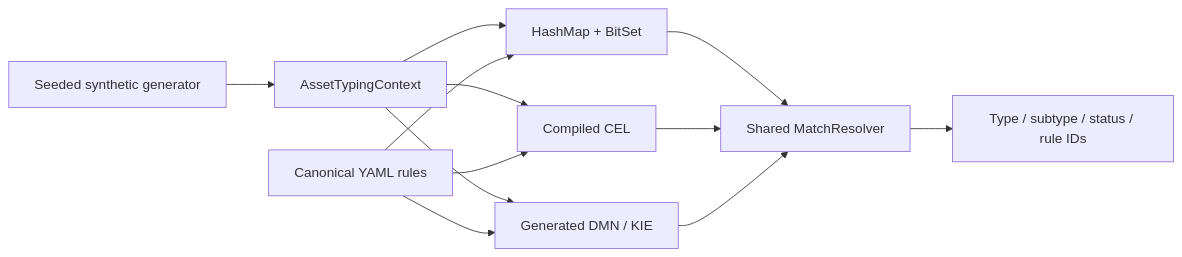
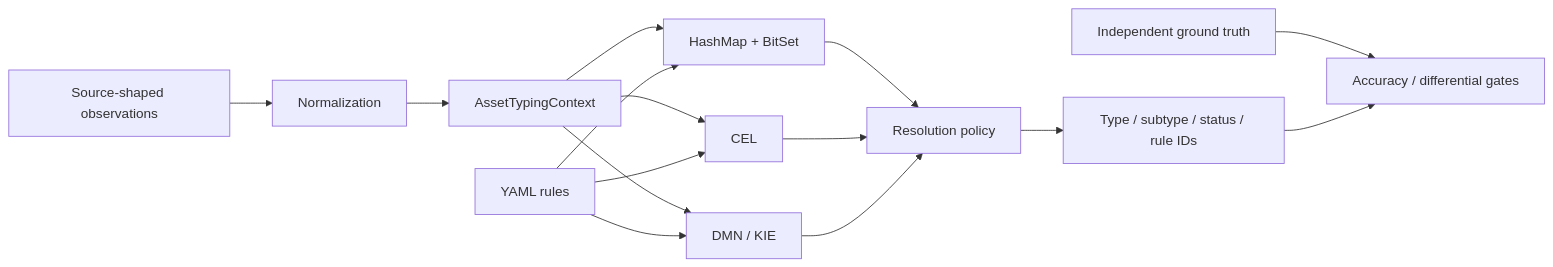
The diagram in README.md (GAbra/itam-asset-typing-benchmark), drawn with Mermaid before and after one commit. The commit also changed other lines of this file, not shown here.

````diff
--- a/README.md
+++ b/README.md
@@ -84,10 +97,13 @@
 ```mermaid
 flowchart LR
-    G[Seeded synthetic generator] --> C[AssetTypingContext]
+    S[Source-shaped observations] --> N[Normalization]
+    N --> C[AssetTypingContext]
     C --> B[HashMap + BitSet]
-    C --> E[Compiled CEL]
-    C --> D[Generated DMN / KIE]
-    R[Canonical YAML rules] --> B & E & D
-    B & E & D --> M[Shared MatchResolver]
-    M --> T[Type / subtype / status / rule IDs]
+    C --> E[CEL]
+    C --> D[DMN / KIE]
+    R[YAML rules] --> B & E & D
+    B & E & D --> M[Resolution policy]
+    M --> O[Type / subtype / status / rule IDs]
+    T[Independent ground truth] --> V[Accuracy / differential gates]
+    O --> V
 ```
````
